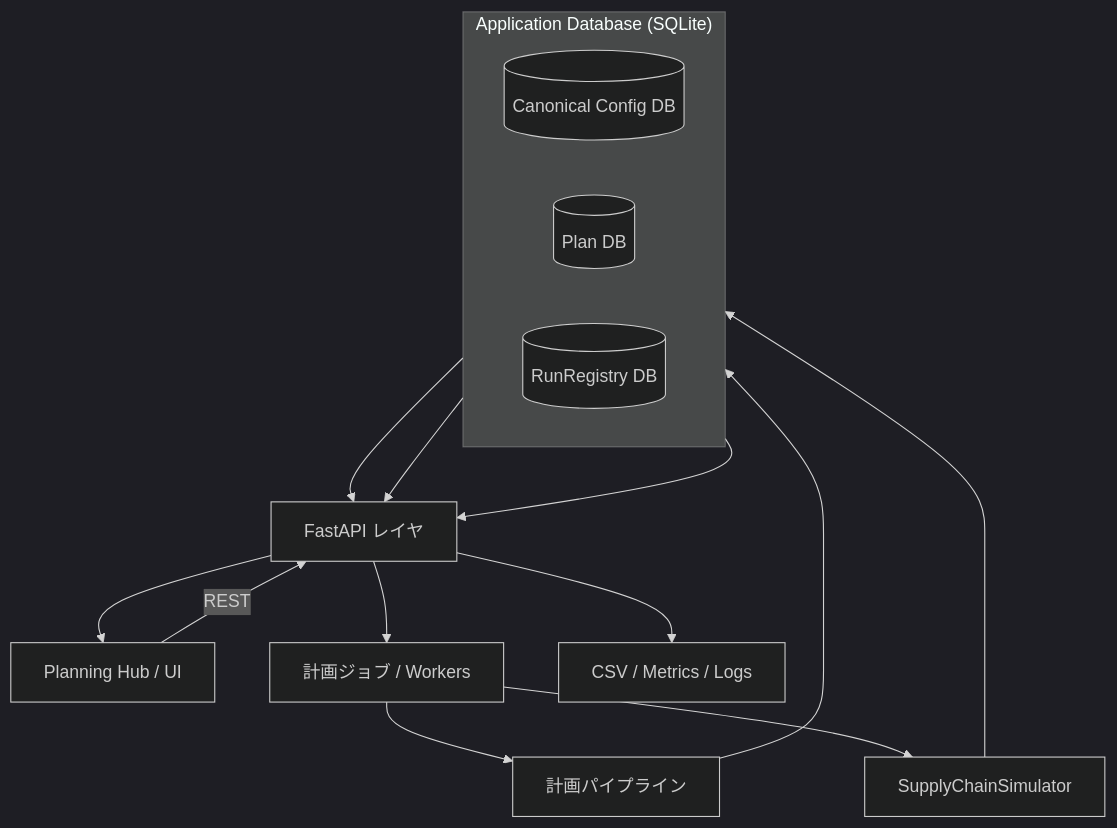
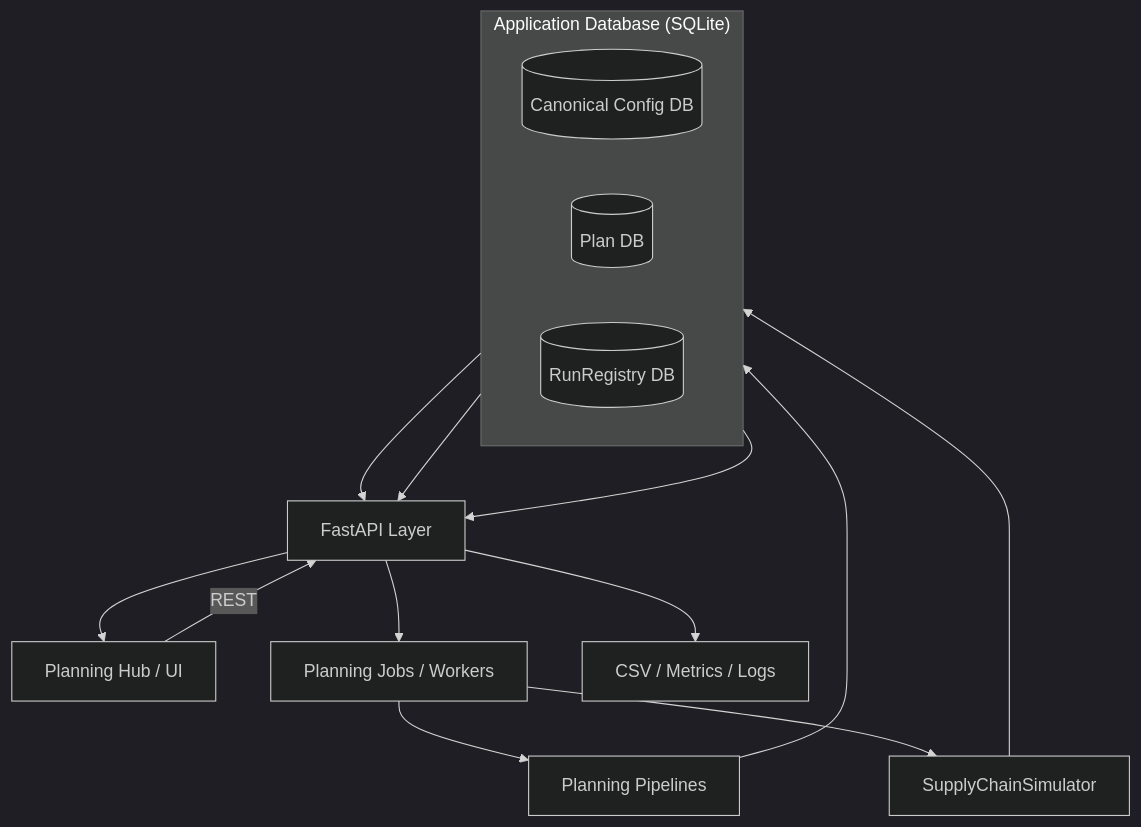
The third of 3 diagrams in README.md (miumigy/scpln), drawn with Mermaid (dark theme) before and after one commit. The commit also changed other lines of this file, not shown here.

Commit message:
docs: README.mdのMermaid図を英訳

````diff
--- a/README.md
+++ b/README.md
@@ -209,27 +209,27 @@
 ```mermaid
 flowchart TD
   subgraph "Application Database (SQLite)"
     direction LR
     ConfigDB[(Canonical Config DB)]
     PlanDB[(Plan DB)]
     RunDB[(RunRegistry DB)]
   end
 
-  UI[Planning Hub / UI] -->|REST| API[FastAPI レイヤ]
+  UI[Planning Hub / UI] -->|REST| API[FastAPI Layer]
   
-  API --> Jobs[計画ジョブ / Workers]
+  API --> Jobs[Planning Jobs / Workers]
   
-  Jobs --> Pipelines[計画パイプライン]
+  Jobs --> Pipelines[Planning Pipelines]
   Jobs --> Sim[SupplyChainSimulator]
 
   Pipelines --> PlanDB
   Sim --> RunDB
 
   PlanDB --> API
   RunDB --> API
   ConfigDB --> API
 
   API --> UI
 
   API --> Docs[CSV / Metrics / Logs]
 ```
````
